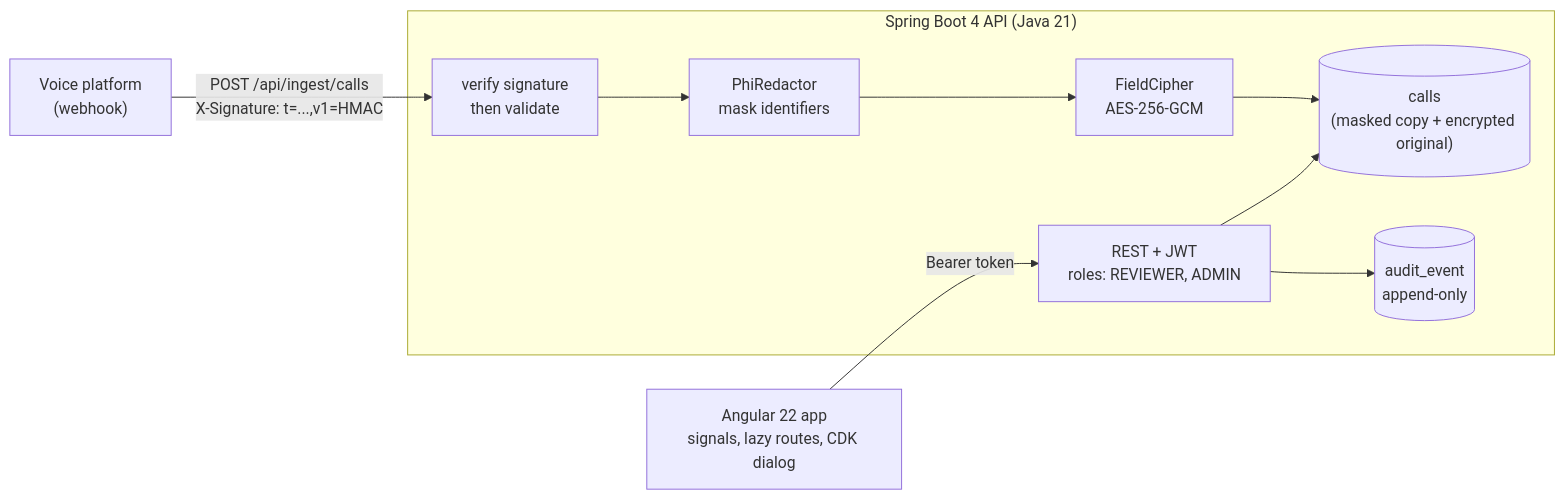
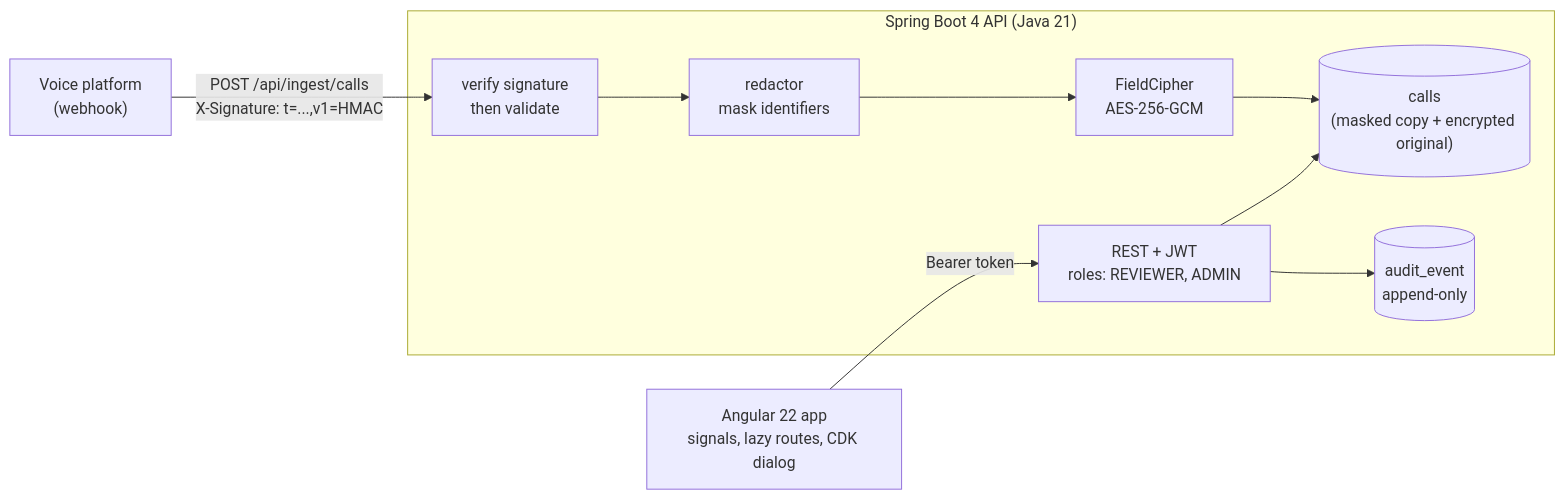
The diagram in README.md (Exalt24/clinic-call-console), drawn with Mermaid before and after one commit. The commit also changed other lines of this file and 2 other files, not shown here.

First line of the commit message:
Replace the clinic, PHI and HIPAA wording in clinic-call-console with plain sensitive-data handling

````diff
--- a/README.md
+++ b/README.md
@@ -26,12 +32,12 @@
 ```mermaid
 flowchart LR
   voice["Voice platform<br/>(webhook)"] -- "POST /api/ingest/calls<br/>X-Signature: t=...,v1=HMAC" --> ingest
   subgraph api["Spring Boot 4 API (Java 21)"]
-    ingest["verify signature<br/>then validate"] --> redact["PhiRedactor<br/>mask identifiers"]
+    ingest["verify signature<br/>then validate"] --> redact["redactor<br/>mask identifiers"]
     redact --> enc["FieldCipher<br/>AES-256-GCM"]
     enc --> db[("calls<br/>(masked copy + encrypted original)")]
     rest["REST + JWT<br/>roles: REVIEWER, ADMIN"] --> db
     rest --> audit[("audit_event<br/>append-only")]
   end
   ng["Angular 22 app<br/>signals, lazy routes, CDK dialog"] -- "Bearer token" --> rest
 ```
````
